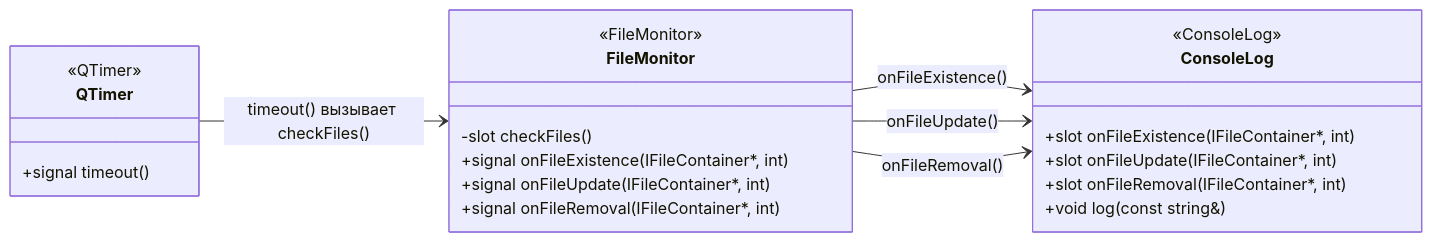
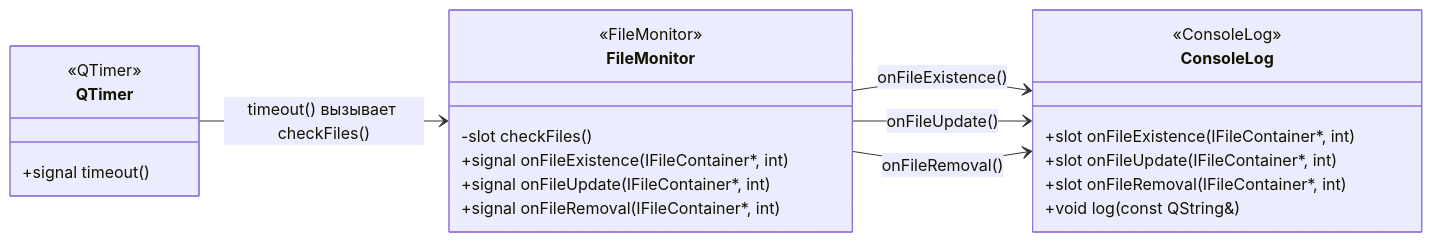
The second of 2 diagrams in README.md (Your-vo1d/File-Monitor), drawn with Mermaid before and after one commit. The commit also changed other lines of this file, not shown here.

Commit message:
feat: fix UML diagramm (rename class, add class and method)

````diff
--- a/README.md
+++ b/README.md
@@ -142,31 +191,31 @@
 ```mermaid
 classDiagram
     direction LR
     
     class QTimer {
         <<QTimer>>
         +signal timeout()
     }
 
     class FileMonitor {
         <<FileMonitor>>
         -slot checkFiles()
         +signal onFileExistence(IFileContainer*, int)
         +signal onFileUpdate(IFileContainer*, int)
         +signal onFileRemoval(IFileContainer*, int)
     }
 
     class ConsoleLog {
         <<ConsoleLog>>
         +slot onFileExistence(IFileContainer*, int)
         +slot onFileUpdate(IFileContainer*, int)
         +slot onFileRemoval(IFileContainer*, int)
-        +void log(const string&)
+        +void log(const QString&)
     }
 
     %% Связи
     QTimer --> FileMonitor : timeout() вызывает checkFiles()
     FileMonitor --> ConsoleLog : onFileExistence()
     FileMonitor --> ConsoleLog : onFileUpdate()
     FileMonitor --> ConsoleLog : onFileRemoval()
 ```
````
